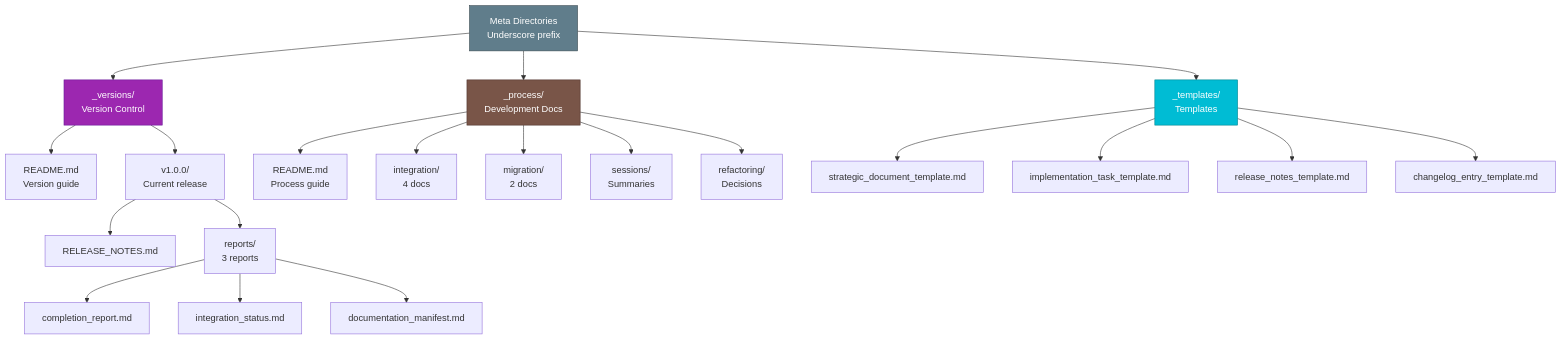
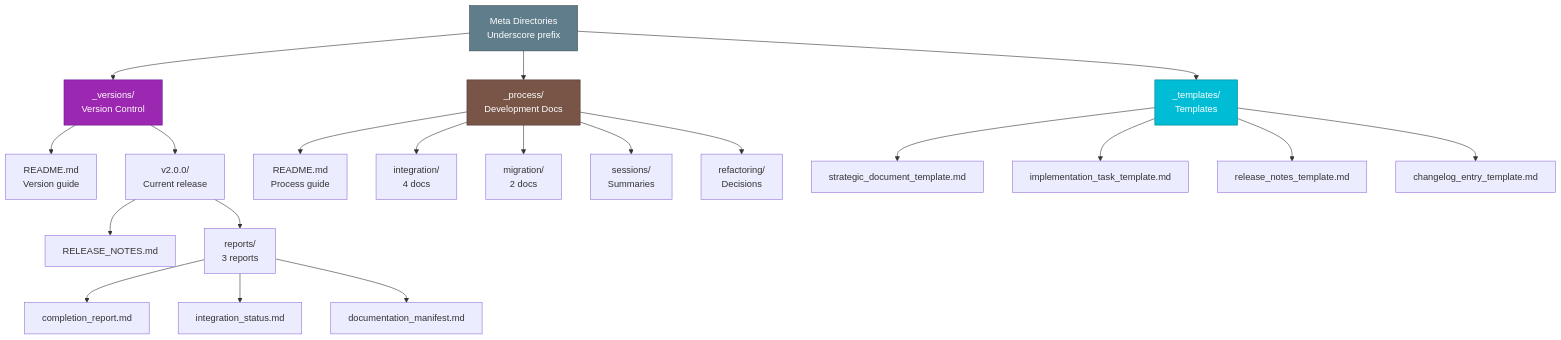
Before and after one commit to presiannedyalkov/eco-balance-documentation: the sixth of 11 diagrams in _process/documentation/STRUCTURE_VISUAL_GUIDE.md, drawn with Mermaid. The commit also changed other lines of this file and 51 other files, not shown here.

````diff
--- a/_process/documentation/STRUCTURE_VISUAL_GUIDE.md
+++ b/_process/documentation/STRUCTURE_VISUAL_GUIDE.md
@@ -305,34 +305,34 @@
 ```mermaid
 graph TB
     Meta[Meta Directories<br/>Underscore prefix]
     
     Meta --> Versions[_versions/<br/>Version Control]
     Meta --> Process[_process/<br/>Development Docs]
     Meta --> Templates[_templates/<br/>Templates]
     
     Versions --> VerRead[README.md<br/>Version guide]
-    Versions --> V100[v1.0.0/<br/>Current release]
+    Versions --> V100[v2.0.0/<br/>Current release]
     
     V100 --> VRelease[RELEASE_NOTES.md]
     V100 --> VReports[reports/<br/>3 reports]
     
     VReports --> VR1[completion_report.md]
     VReports --> VR2[integration_status.md]
     VReports --> VR3[documentation_manifest.md]
     
     Process --> PRead[README.md<br/>Process guide]
     Process --> PInt[integration/<br/>4 docs]
     Process --> PMig[migration/<br/>2 docs]
     Process --> PSess[sessions/<br/>Summaries]
     Process --> PRef[refactoring/<br/>Decisions]
     
     Templates --> T1[strategic_document_template.md]
     Templates --> T2[implementation_task_template.md]
     Templates --> T3[release_notes_template.md]
     Templates --> T4[changelog_entry_template.md]
     
     style Meta fill:#607D8B,stroke:#37474F,color:#fff
     style Versions fill:#9C27B0,stroke:#6A1B9A,color:#fff
     style Process fill:#795548,stroke:#4E342E,color:#fff
     style Templates fill:#00BCD4,stroke:#00838F,color:#fff
 ```
````
